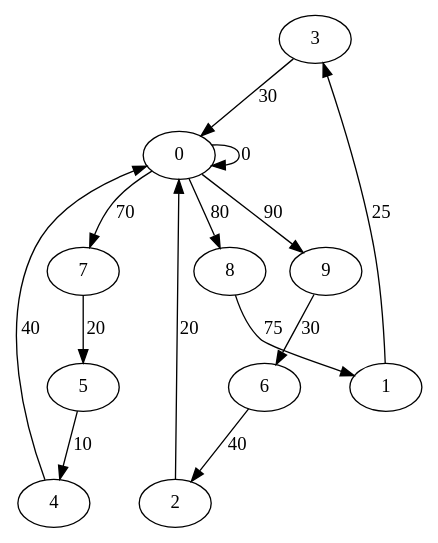
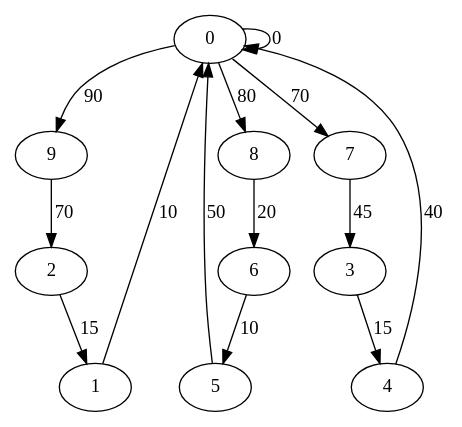
Before and after one commit to akosej/vehicle_routing: the diagram in graph2.dot, drawn with Graphviz. The commit also changed 3 other files, not shown here.

```diff
--- a/graph2.dot
+++ b/graph2.dot
@@ -1,26 +1,26 @@
 digraph G {
-	3->0[ label=30 ];
-	7->5[ label=20 ];
-	2->0[ label=20 ];
-	8->1[ label=75 ];
-	6->2[ label=40 ];
-	1->3[ label=25 ];
-	5->4[ label=10 ];
-	4->0[ label=40 ];
 	0->9[ label=90 ];
 	0->0[ label=0 ];
 	0->8[ label=80 ];
 	0->7[ label=70 ];
-	9->6[ label=30 ];
+	9->2[ label=70 ];
+	2->1[ label=15 ];
+	5->0[ label=50 ];
+	4->0[ label=40 ];
+	1->0[ label=10 ];
+	8->6[ label=20 ];
+	6->5[ label=10 ];
+	7->3[ label=45 ];
+	3->4[ label=15 ];
 	0 [ label=0 ];
 	1 [ label=1 ];
 	2 [ label=2 ];
 	3 [ label=3 ];
 	4 [ label=4 ];
 	5 [ label=5 ];
 	6 [ label=6 ];
 	7 [ label=7 ];
 	8 [ label=8 ];
 	9 [ label=9 ];
 
 }
```
